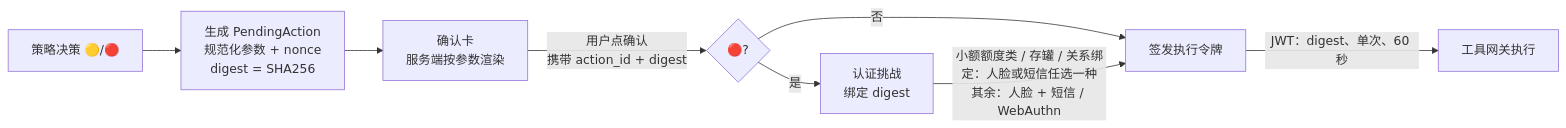
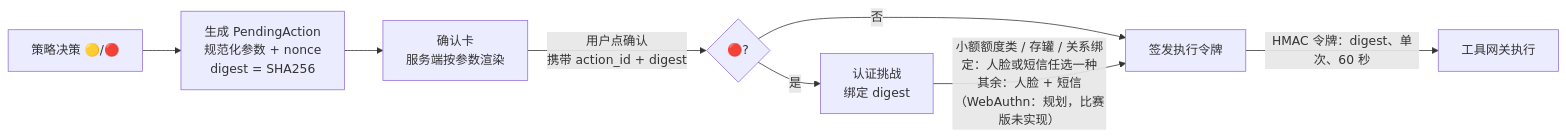
The fifth of 9 diagrams in docs/02-产品技术文档.md (SuperWheel/saydo-agent), drawn with Mermaid before and after one commit. The commit also changed other lines of this file and 11 other files, not shown here.

````diff
--- a/docs/02-产品技术文档.md
+++ b/docs/02-产品技术文档.md
@@ -639,10 +642,10 @@
 ```mermaid
 flowchart LR
     A[策略决策 🟡/🔴] --> B[生成 PendingAction<br/>规范化参数 + nonce<br/>digest = SHA256]
     B --> C[确认卡<br/>服务端按参数渲染]
     C -->|用户点确认<br/>携带 action_id + digest| D{🔴?}
     D -->|否| F[签发执行令牌]
     D -->|是| E[认证挑战<br/>绑定 digest]
-    E -->|小额额度类 / 存罐 / 关系绑定：人脸或短信任选一种<br/>其余：人脸 + 短信 / WebAuthn| F
-    F -->|JWT：digest、单次、60 秒| G[工具网关执行]
+    E -->|小额额度类 / 存罐 / 关系绑定：人脸或短信任选一种<br/>其余：人脸 + 短信（WebAuthn：规划，比赛版未实现）| F
+    F -->|HMAC 令牌：digest、单次、60 秒| G[工具网关执行]
 ```
````
